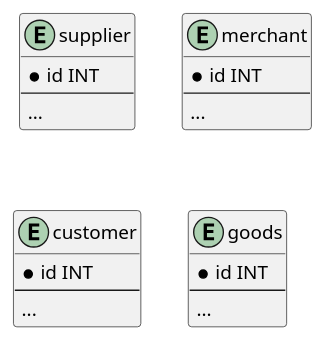
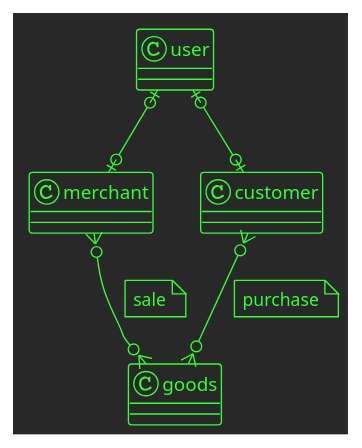
The diagram in abucom_erd.puml (kaattuu/abucom_erd), drawn with PlantUML before and after one commit. The commit also changed 19 other files, not shown here.

```diff
--- a/abucom_erd.puml
+++ b/abucom_erd.puml
@@ -1,28 +1,18 @@
 @startuml
+!theme crt-green
+' !theme crt-amber
 
-entity supplier {
-    * id INT
-    --
-    ...
-}
+user |o--o| merchant
+user |o--o| customer
 
-entity merchant {
-    * id INT
-    --
-    ...
-}
+merchant }o--o{ goods
+note on link
+    sale
+end note
 
-entity customer {
-    * id INT
-    --
-    ...
-}
-
-entity goods {
-    * id INT
-    --
-    ...
-}
-
+customer }o--o{ goods
+note on link
+    purchase
+end note
 
 @enduml
```
